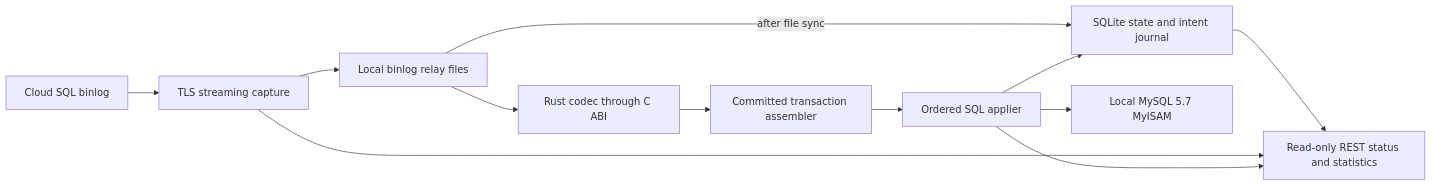
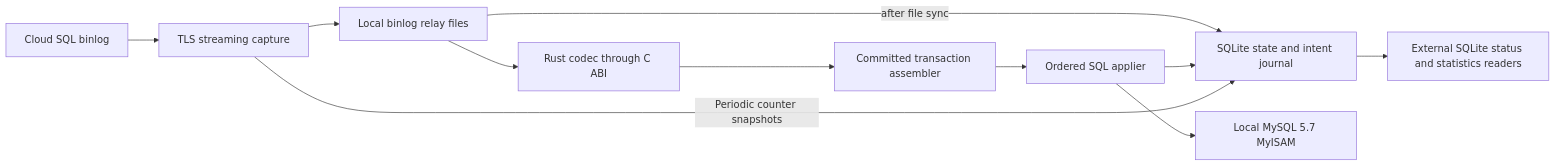
The first of 2 diagrams in PLAN/REPLICATOR_TECHNICAL_PLAN.md (GannettDigital/mysql-replicator), drawn with Mermaid before and after one commit. The commit also changed other lines of this file and 27 other files, not shown here.

Commit message:
Add ordered DDL prototype and native compatibility roadmap

````diff
--- a/PLAN/REPLICATOR_TECHNICAL_PLAN.md
+++ b/PLAN/REPLICATOR_TECHNICAL_PLAN.md
@@ -113,14 +106,13 @@
 ```mermaid
 flowchart LR
     S[Cloud SQL binlog] --> C[TLS streaming capture]
     C --> R[Local binlog relay files]
     R -->|after file sync| J[SQLite state and intent journal]
     R --> D[Rust codec through C ABI]
     D --> T[Committed transaction assembler]
     T --> A[Ordered SQL applier]
     A --> M[Local MySQL 5.7 MyISAM]
     A --> J
-    J --> O[Read-only REST status and statistics]
-    C --> O
-    A --> O
+    J --> O[External SQLite status and statistics readers]
+    C -->|Periodic counter snapshots| J
 ```
````
